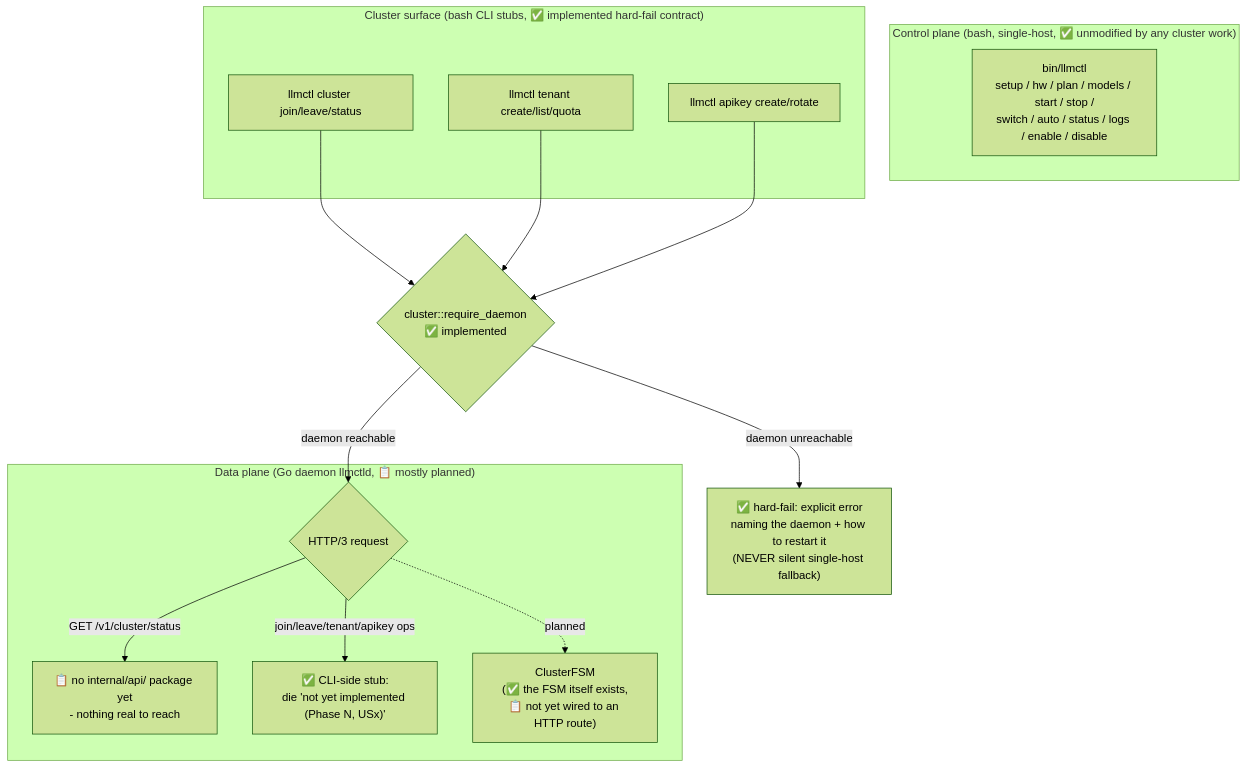
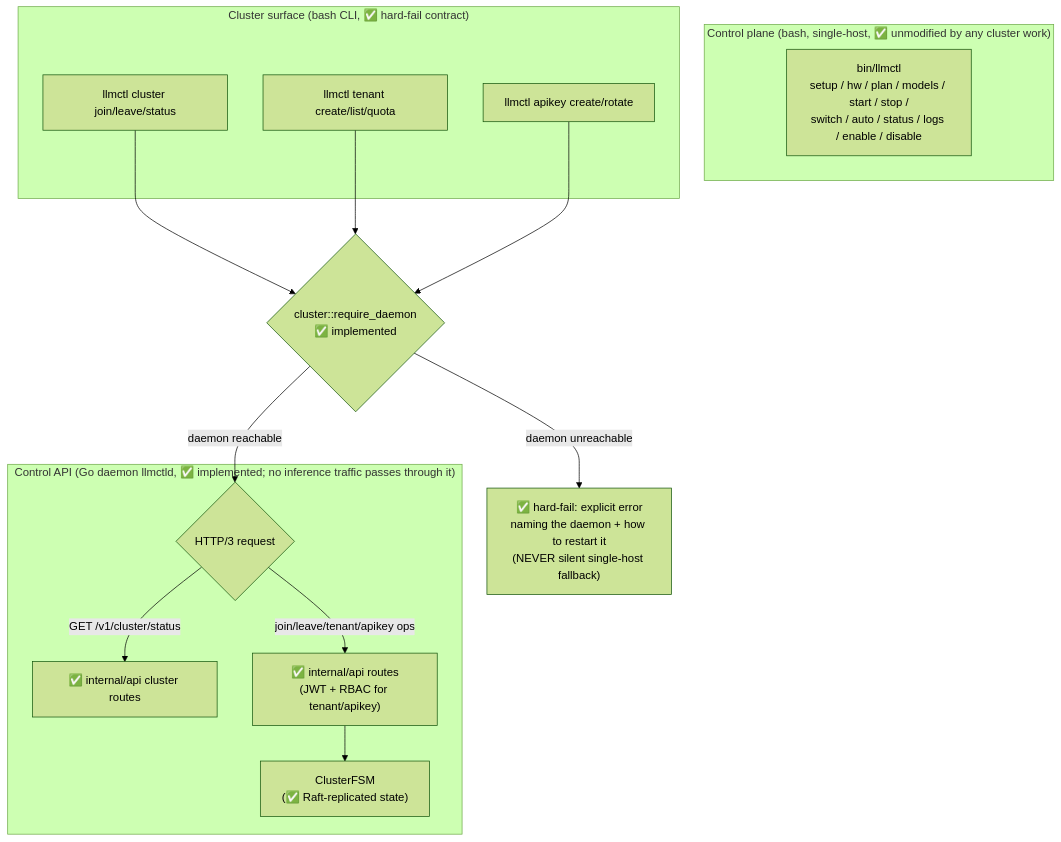
The sixth of 7 diagrams in docs/cluster-architecture.md (vasic-digital/llmctl), drawn with Mermaid (forest theme) before and after one commit. The commit also changed other lines of this file and 1423 other files, not shown here.

````diff
--- a/docs/cluster-architecture.md
+++ b/docs/cluster-architecture.md
@@ -759,23 +755,23 @@
 ```mermaid
 flowchart TB
     subgraph "Control plane (bash, single-host, ✅ unmodified by any cluster work)"
         CLI["bin/llmctl<br/>setup / hw / plan / models / start / stop /<br/>switch / auto / status / logs / enable / disable"]
     end
-    subgraph "Cluster surface (bash CLI stubs, ✅ implemented hard-fail contract)"
+    subgraph "Cluster surface (bash CLI, ✅ hard-fail contract)"
         CCLUSTER["llmctl cluster join/leave/status"]
         CTENANT["llmctl tenant create/list/quota"]
         CAPIKEY["llmctl apikey create/rotate"]
     end
     CCLUSTER --> REQUIRE{"cluster::require_daemon<br/>✅ implemented"}
     CTENANT --> REQUIRE
     CAPIKEY --> REQUIRE
     REQUIRE -->|"daemon unreachable"| HARDFAIL["✅ hard-fail: explicit error<br/>naming the daemon + how to restart it<br/>(NEVER silent single-host fallback)"]
     REQUIRE -->|"daemon reachable"| DATAPLANE
 
-    subgraph "Data plane (Go daemon llmctld, 📋 mostly planned)"
+    subgraph "Control API (Go daemon llmctld, ✅ implemented; no inference traffic passes through it)"
         DATAPLANE{"HTTP/3 request"}
-        DATAPLANE -->|"GET /v1/cluster/status"| NOROUTE["📋 no internal/api/ package yet<br/>- nothing real to reach"]
-        DATAPLANE -->|"join/leave/tenant/apikey ops"| STUB["✅ CLI-side stub:<br/>die 'not yet implemented (Phase N, USx)'"]
-        DATAPLANE -.->|"planned"| RAFTFSM["ClusterFSM<br/>(✅ the FSM itself exists,<br/>📋 not yet wired to an HTTP route)"]
+        DATAPLANE -->|"GET /v1/cluster/status"| STATUS["✅ internal/api cluster routes"]
+        DATAPLANE -->|"join/leave/tenant/apikey ops"| OPS["✅ internal/api routes<br/>(JWT + RBAC for tenant/apikey)"]
+        OPS --> RAFTFSM["ClusterFSM<br/>(✅ Raft-replicated state)"]
     end
 ```
````
